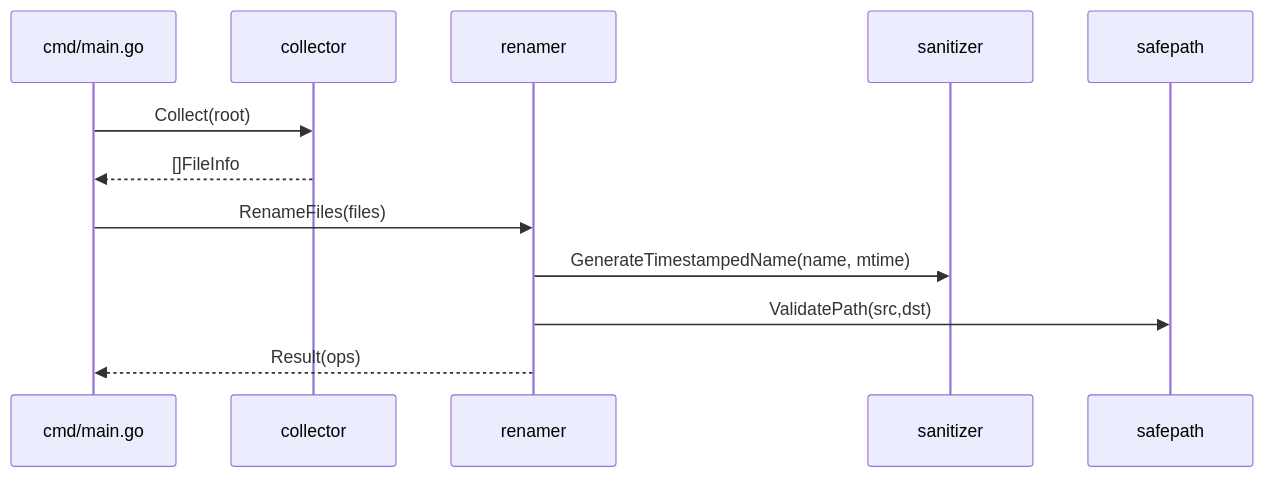
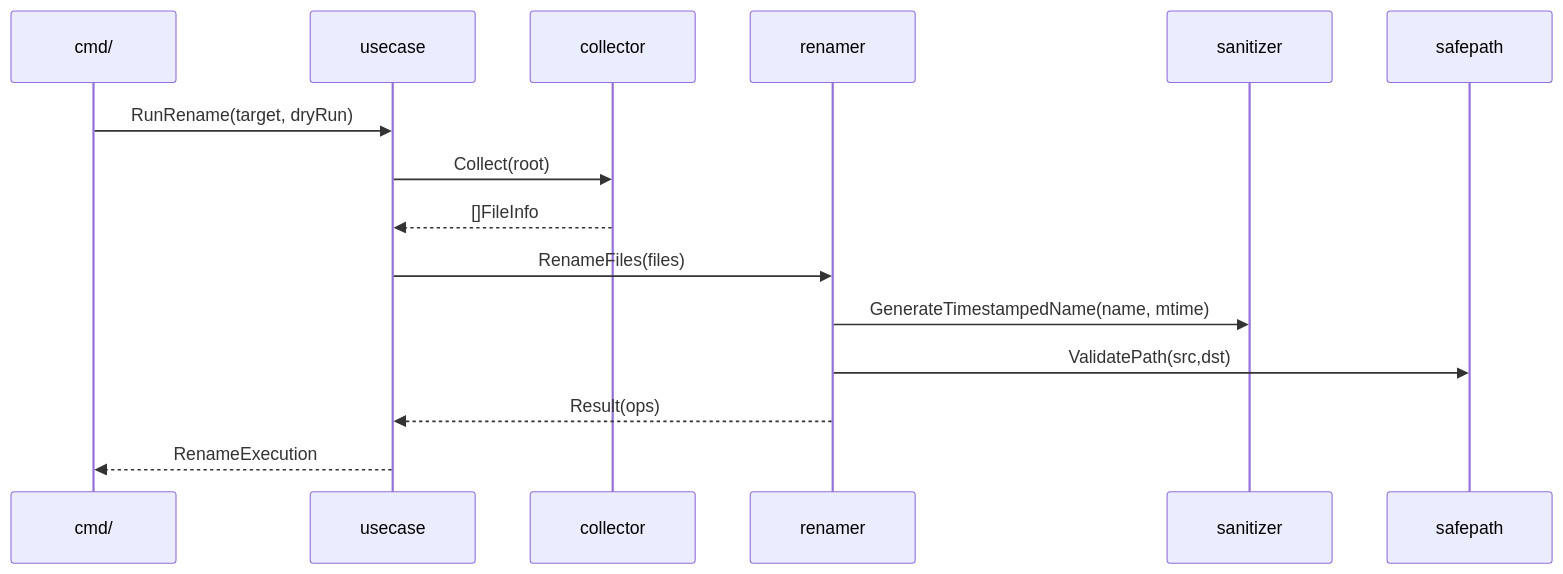
Before and after one commit to haapjari/btidy: the second of 5 diagrams in docs/ARCHITECTURE.md, drawn with Mermaid. The commit also changed other lines of this file and 7 other files, not shown here.

Commit message:
refactor(cmd): extract command-line workflow orchestration into usecase service layer

````diff
--- a/docs/ARCHITECTURE.md
+++ b/docs/ARCHITECTURE.md
@@ -59,15 +61,18 @@
 ```mermaid
 sequenceDiagram
-  participant CLI as cmd/main.go
+  participant CLI as cmd/
+  participant U as usecase
   participant C as collector
   participant R as renamer
   participant S as sanitizer
   participant P as safepath
 
-  CLI->>C: Collect(root)
-  C-->>CLI: []FileInfo
-  CLI->>R: RenameFiles(files)
+  CLI->>U: RunRename(target, dryRun)
+  U->>C: Collect(root)
+  C-->>U: []FileInfo
+  U->>R: RenameFiles(files)
   R->>S: GenerateTimestampedName(name, mtime)
   R->>P: ValidatePath(src,dst)
-  R-->>CLI: Result(ops)
+  R-->>U: Result(ops)
+  U-->>CLI: RenameExecution
 ```
````
